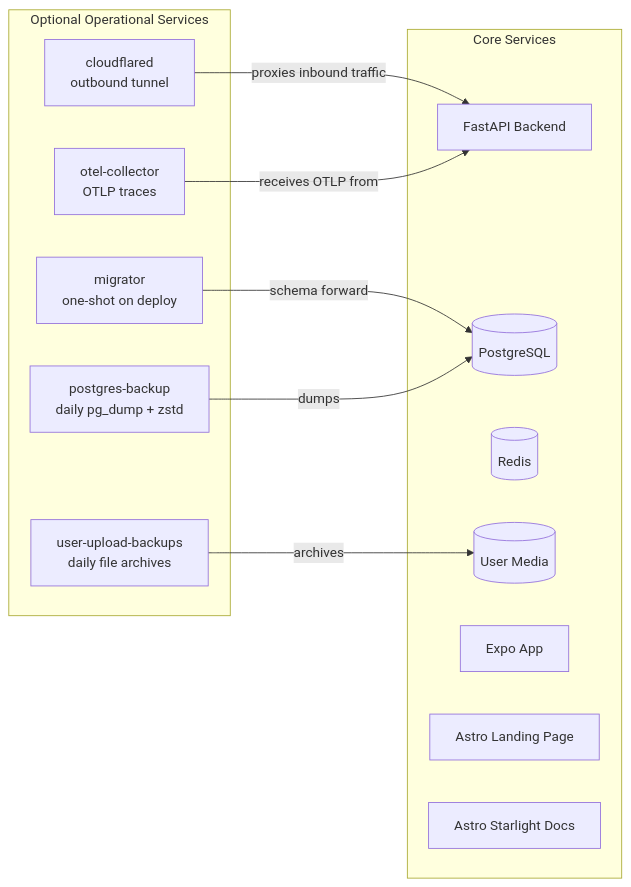
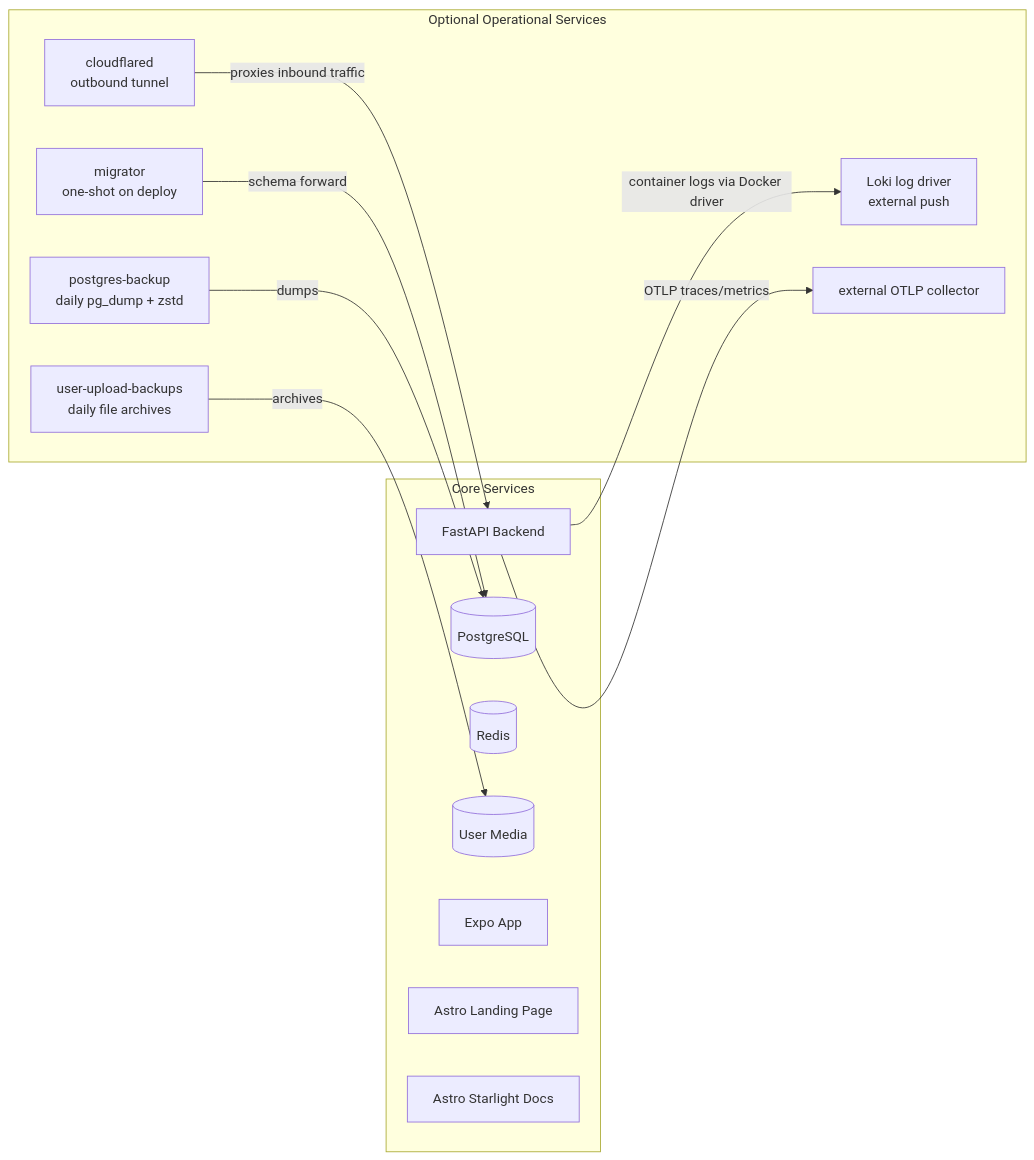
One commit to CMLPlatform/relab changed the diagram in docs/src/content/docs/architecture/deployment.mdx. Above: the diagram before and after it, drawn with Mermaid. The commit also changed other lines of this file and 20 other files, not shown here.

````diff
--- a/docs/src/content/docs/architecture/deployment.mdx
+++ b/docs/src/content/docs/architecture/deployment.mdx
@@ -17,26 +17,28 @@
 ```mermaid
 graph LR
     subgraph Core ["Core Services"]
         Backend[FastAPI Backend]
         DB[(PostgreSQL)]
         Cache[(Redis)]
         Uploads[(User Media)]
         FrontendApp[Expo App]
         FrontendWeb[Astro Landing Page]
         Docs[Astro Starlight Docs]
     end
 
     subgraph Operational ["Optional Operational Services"]
         Migrations[migrator\none-shot on deploy]
         DBBackups[postgres-backup\ndaily pg_dump + zstd]
         UploadBackups[user-upload-backups\ndaily file archives]
         Cloudflared[cloudflared\noutbound tunnel]
-        OTel[otel-collector\nOTLP traces]
+        Loki[Loki log driver\nexternal push]
+        OTel[external OTLP collector]
     end
 
     Migrations -->|schema forward| DB
     DBBackups -->|dumps| DB
     UploadBackups -->|archives| Uploads
     Cloudflared -->|proxies inbound traffic| Backend
-    OTel -->|receives OTLP from| Backend
+    Backend -->|OTLP traces/metrics| OTel
+    Backend -->|container logs via Docker driver| Loki
 ```
````
